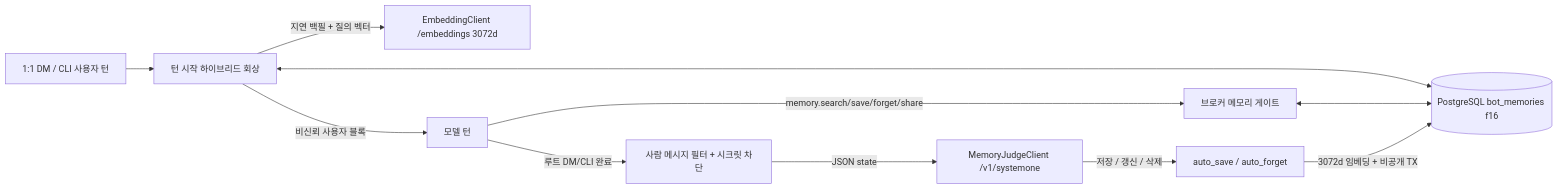
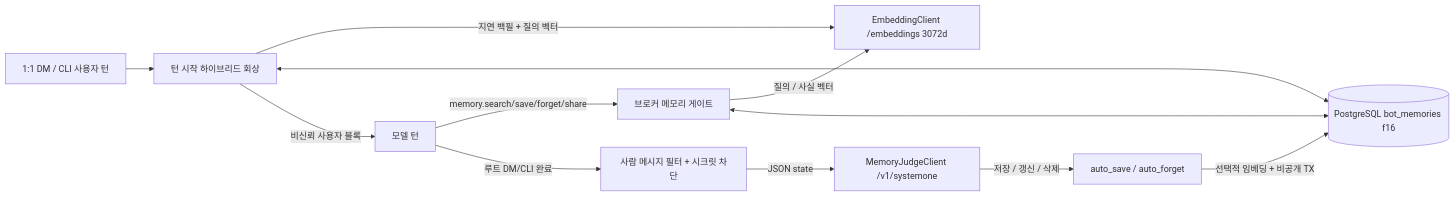
Before and after one commit to lee-lou2/bot-framework: the second of 2 diagrams in docs/ko/architecture.md, drawn with Mermaid. The commit also changed other lines of this file and 93 other files, not shown here.

````diff
--- a/docs/ko/architecture.md
+++ b/docs/ko/architecture.md
@@ -147,13 +150,14 @@
 ```mermaid
 flowchart LR
   U[1:1 DM / CLI 사용자 턴] --> R[턴 시작 하이브리드 회상]
   R -->|지연 백필 + 질의 벡터| E[EmbeddingClient /embeddings 3072d]
   R <--> DB[(PostgreSQL bot_memories f16)]
   R -->|비신뢰 사용자 블록| M[모델 턴]
   M -->|memory.search/save/forget/share| B[브로커 메모리 게이트]
+  B -->|질의 / 사실 벡터| E
   B <--> DB
   M -->|루트 DM/CLI 완료| F[사람 메시지 필터 + 시크릿 차단]
   F -->|JSON state| J[MemoryJudgeClient /v1/systemone]
   J -->|저장 / 갱신 / 삭제| A[auto_save / auto_forget]
-  A -->|3072d 임베딩 + 비공개 TX| DB
+  A -->|선택적 임베딩 + 비공개 TX| DB
 ```
````
